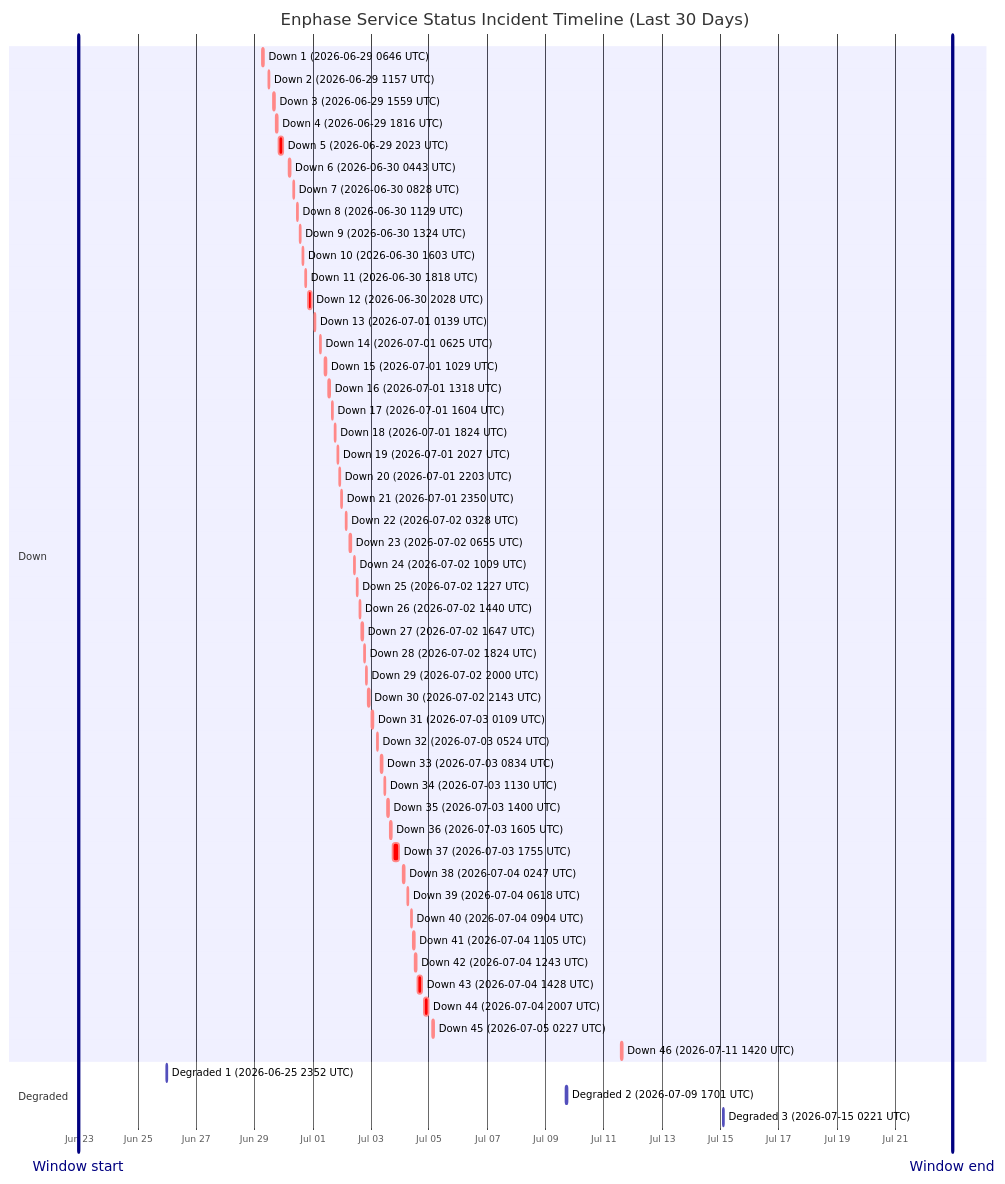
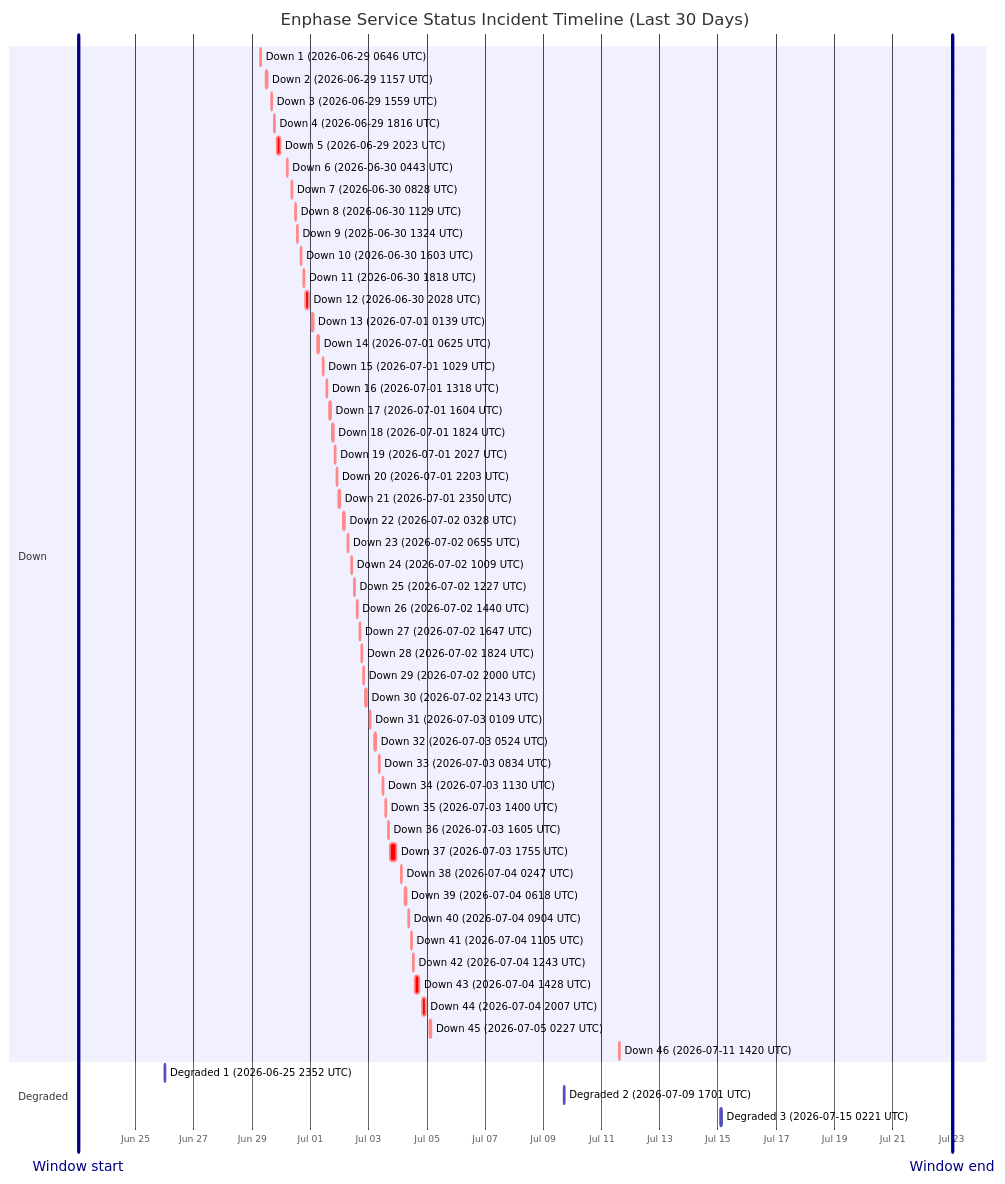
Before and after one commit to barneyonline/ha-enphase-energy: the diagram in wiki/Service-Status-History.md, drawn with Mermaid. The commit also changed other lines of this file and 3 other files, not shown here.

````diff
--- a/wiki/Service-Status-History.md
+++ b/wiki/Service-Status-History.md
@@ -14,59 +14,59 @@
 ```mermaid
 gantt
     title Enphase Service Status Incident Timeline (Last 30 Days)
     dateFormat  YYYY-MM-DDTHH:mm:ss
     axisFormat  %b %d
-    Window start :vert, window-start, 2026-06-22T23:01:12, 0ms
-    Window end :vert, window-end, 2026-07-22T23:01:12, 0ms
+    Window start :vert, window-start, 2026-06-23T00:59:57, 0ms
+    Window end :vert, window-end, 2026-07-23T00:59:57, 0ms
     section Down
     Down 1 (2026-06-29 0646 UTC) :crit, down-1, 2026-06-29T06:46:18, 60m
     Down 2 (2026-06-29 1157 UTC) :crit, down-2, 2026-06-29T11:57:36, 60m
     Down 3 (2026-06-29 1559 UTC) :crit, down-3, 2026-06-29T15:59:02, 60m
     Down 4 (2026-06-29 1816 UTC) :crit, down-4, 2026-06-29T18:16:38, 60m
     Down 5 (2026-06-29 2023 UTC) :crit, down-5, 2026-06-29T20:23:16, 220m
     Down 6 (2026-06-30 0443 UTC) :crit, down-6, 2026-06-30T04:43:54, 60m
     Down 7 (2026-06-30 0828 UTC) :crit, down-7, 2026-06-30T08:28:43, 60m
     Down 8 (2026-06-30 1129 UTC) :crit, down-8, 2026-06-30T11:29:15, 60m
     Down 9 (2026-06-30 1324 UTC) :crit, down-9, 2026-06-30T13:24:25, 60m
     Down 10 (2026-06-30 1603 UTC) :crit, down-10, 2026-06-30T16:03:26, 60m
     Down 11 (2026-06-30 1818 UTC) :crit, down-11, 2026-06-30T18:18:39, 60m
     Down 12 (2026-06-30 2028 UTC) :crit, down-12, 2026-06-30T20:28:54, 171m
     Down 13 (2026-07-01 0139 UTC) :crit, down-13, 2026-07-01T01:39:18, 60m
     Down 14 (2026-07-01 0625 UTC) :crit, down-14, 2026-07-01T06:25:35, 60m
     Down 15 (2026-07-01 1029 UTC) :crit, down-15, 2026-07-01T10:29:24, 60m
     Down 16 (2026-07-01 1318 UTC) :crit, down-16, 2026-07-01T13:18:31, 60m
     Down 17 (2026-07-01 1604 UTC) :crit, down-17, 2026-07-01T16:04:29, 60m
     Down 18 (2026-07-01 1824 UTC) :crit, down-18, 2026-07-01T18:24:21, 60m
     Down 19 (2026-07-01 2027 UTC) :crit, down-19, 2026-07-01T20:27:17, 60m
     Down 20 (2026-07-01 2203 UTC) :crit, down-20, 2026-07-01T22:03:46, 60m
     Down 21 (2026-07-01 2350 UTC) :crit, down-21, 2026-07-01T23:50:52, 60m
     Down 22 (2026-07-02 0328 UTC) :crit, down-22, 2026-07-02T03:28:33, 60m
     Down 23 (2026-07-02 0655 UTC) :crit, down-23, 2026-07-02T06:55:07, 60m
     Down 24 (2026-07-02 1009 UTC) :crit, down-24, 2026-07-02T10:09:15, 60m
     Down 25 (2026-07-02 1227 UTC) :crit, down-25, 2026-07-02T12:27:49, 60m
     Down 26 (2026-07-02 1440 UTC) :crit, down-26, 2026-07-02T14:40:53, 60m
     Down 27 (2026-07-02 1647 UTC) :crit, down-27, 2026-07-02T16:47:47, 60m
     Down 28 (2026-07-02 1824 UTC) :crit, down-28, 2026-07-02T18:24:26, 60m
     Down 29 (2026-07-02 2000 UTC) :crit, down-29, 2026-07-02T20:00:57, 60m
     Down 30 (2026-07-02 2143 UTC) :crit, down-30, 2026-07-02T21:43:52, 80m
     Down 31 (2026-07-03 0109 UTC) :crit, down-31, 2026-07-03T01:09:19, 60m
     Down 32 (2026-07-03 0524 UTC) :crit, down-32, 2026-07-03T05:24:23, 60m
     Down 33 (2026-07-03 0834 UTC) :crit, down-33, 2026-07-03T08:34:05, 60m
     Down 34 (2026-07-03 1130 UTC) :crit, down-34, 2026-07-03T11:30:41, 60m
     Down 35 (2026-07-03 1400 UTC) :crit, down-35, 2026-07-03T14:00:48, 60m
     Down 36 (2026-07-03 1605 UTC) :crit, down-36, 2026-07-03T16:05:49, 60m
     Down 37 (2026-07-03 1755 UTC) :crit, down-37, 2026-07-03T17:55:54, 338m
     Down 38 (2026-07-04 0247 UTC) :crit, down-38, 2026-07-04T02:47:22, 60m
     Down 39 (2026-07-04 0618 UTC) :crit, down-39, 2026-07-04T06:18:09, 60m
     Down 40 (2026-07-04 0904 UTC) :crit, down-40, 2026-07-04T09:04:41, 60m
     Down 41 (2026-07-04 1105 UTC) :crit, down-41, 2026-07-04T11:05:21, 60m
     Down 42 (2026-07-04 1243 UTC) :crit, down-42, 2026-07-04T12:43:25, 60m
     Down 43 (2026-07-04 1428 UTC) :crit, down-43, 2026-07-04T14:28:07, 243m
     Down 44 (2026-07-04 2007 UTC) :crit, down-44, 2026-07-04T20:07:50, 206m
     Down 45 (2026-07-05 0227 UTC) :crit, down-45, 2026-07-05T02:27:32, 109m
     Down 46 (2026-07-11 1420 UTC) :crit, down-46, 2026-07-11T14:20:54, 69m
     section Degraded
     Degraded 1 (2026-06-25 2352 UTC) :active, degraded-1, 2026-06-25T23:52:01, 60m
     Degraded 2 (2026-07-09 1701 UTC) :active, degraded-2, 2026-07-09T17:01:02, 60m
     Degraded 3 (2026-07-15 0221 UTC) :active, degraded-3, 2026-07-15T02:21:35, 60m
 ```
````
